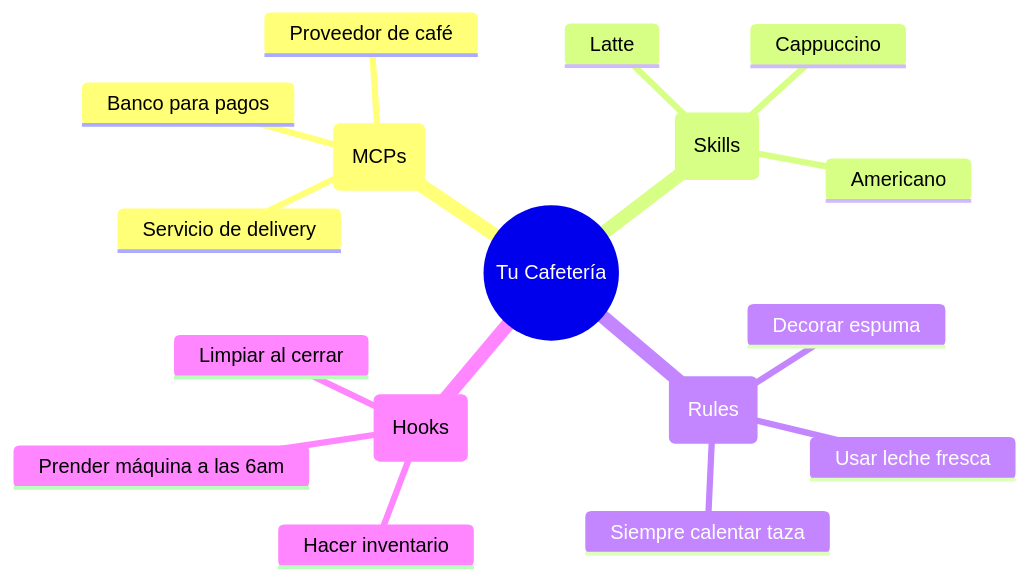
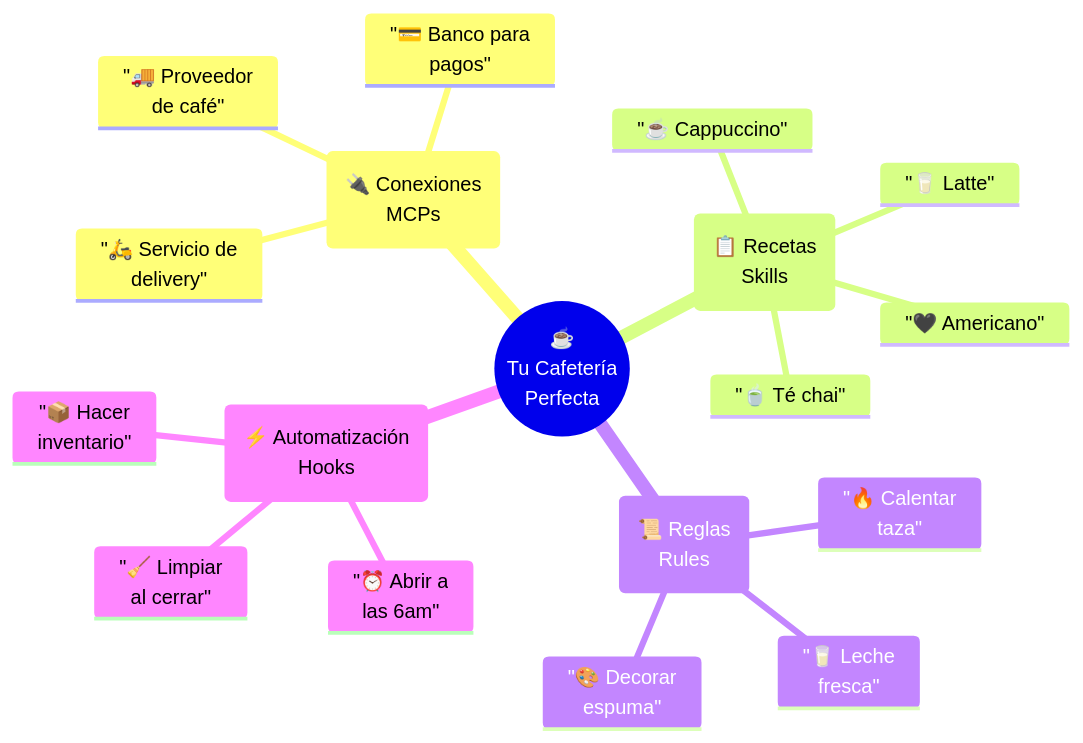
Before and after one commit to Ai-Whisperers/Courses-Content: the first of 16 diagrams in courses/🟡-development/FPUNA-2026/00-FUNDAMENTOS-PRINCIPALES/02-maestria-configuracion.md, drawn with Mermaid. The commit also changed other lines of this file, not shown here.

First line of the commit message:
Improve Mermaid diagrams in 02-maestria-configuracion.md (9/15 diagrams)

````diff
--- a/courses/🟡-development/FPUNA-2026/00-FUNDAMENTOS-PRINCIPALES/02-maestria-configuracion.md
+++ b/courses/🟡-development/FPUNA-2026/00-FUNDAMENTOS-PRINCIPALES/02-maestria-configuracion.md
@@ -77,20 +77,21 @@
 ```mermaid
 mindmap
-  root((Tu Cafetería))
-    Conexiones (MCPs)
-      Proveedor de café
-      Banco para pagos
-      Servicio de delivery
-    Recetas (Skills)
-      Cappuccino
-      Latte
-      Americano
-    Reglas (Rules)
-      Siempre calentar taza
-      Usar leche fresca
-      Decorar espuma
-    Automatización (Hooks)
-      Prender máquina a las 6am
-      Limpiar al cerrar
-      Hacer inventario
+  root(("☕<br/>Tu Cafetería<br/>Perfecta"))
+    ("🔌 Conexiones<br/>MCPs")
+      "🚚 Proveedor<br/>de café"
+      "💳 Banco para<br/>pagos"
+      "🛵 Servicio de<br/>delivery"
+    ("📋 Recetas<br/>Skills")
+      "☕ Cappuccino"
+      "🥛 Latte"
+      "🖤 Americano"
+      "🍵 Té chai"
+    ("📜 Reglas<br/>Rules")
+      "🔥 Calentar<br/>taza"
+      "🥛 Leche<br/>fresca"
+      "🎨 Decorar<br/>espuma"
+    ("⚡ Automatización<br/>Hooks")
+      "⏰ Abrir a<br/>las 6am"
+      "🧹 Limpiar<br/>al cerrar"
+      "📦 Hacer<br/>inventario"
 ```
````
